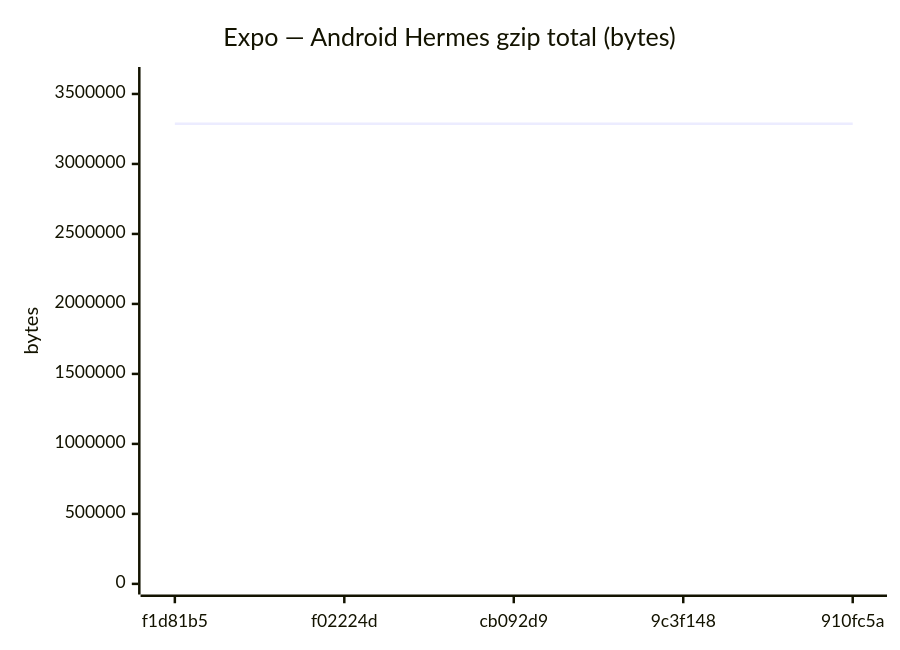
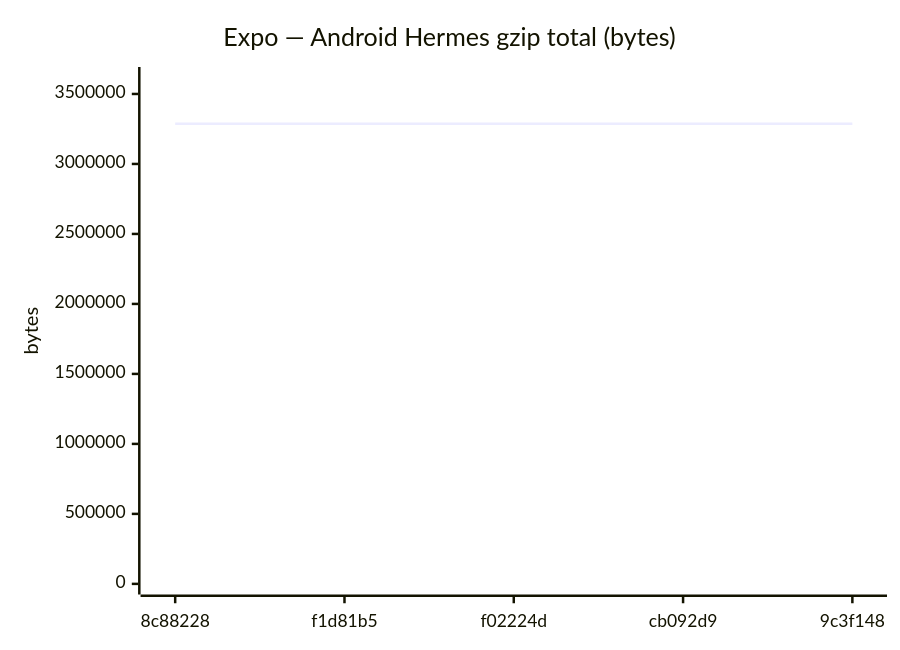
One commit to Metaheurist/Rianell changed diagram 11 of 18 in benchmarks/compare.md. Above: the diagram before and after it, drawn with Mermaid. The commit also changed other lines of this file and 11 other files, not shown here.

````diff
--- a/benchmarks/compare.md
+++ b/benchmarks/compare.md
@@ -172,7 +172,7 @@
 ```mermaid
 xychart-beta
     title "Expo — Android Hermes gzip total (bytes)"
-    x-axis ["f1d81b5", "f02224d", "cb092d9", "9c3f148", "910fc5a"]
+    x-axis ["8c88228", "f1d81b5", "f02224d", "cb092d9", "9c3f148"]
     y-axis "bytes" 0 --> 3616656
-    line [3287424, 3287426, 3287424, 3287424, 3287869]
+    line [3287869, 3287424, 3287426, 3287424, 3287424]
 ```
````
